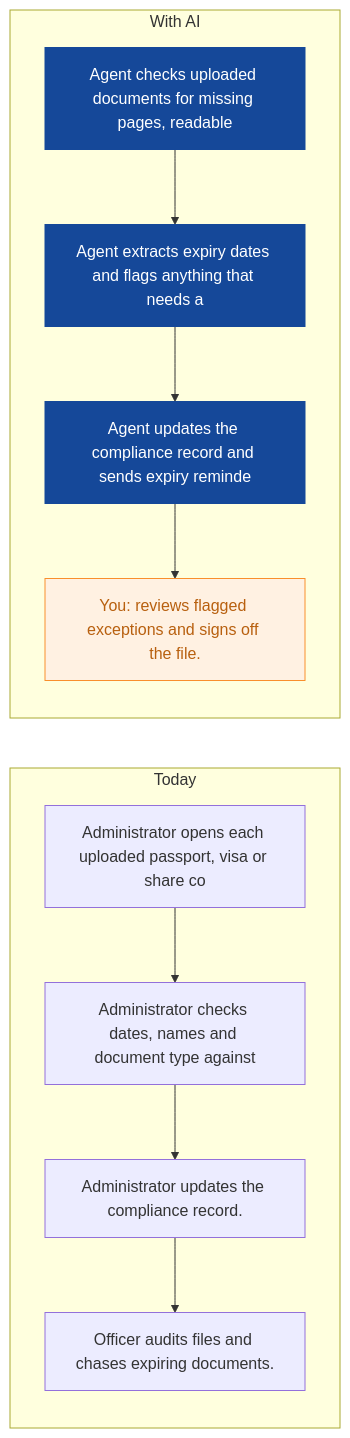
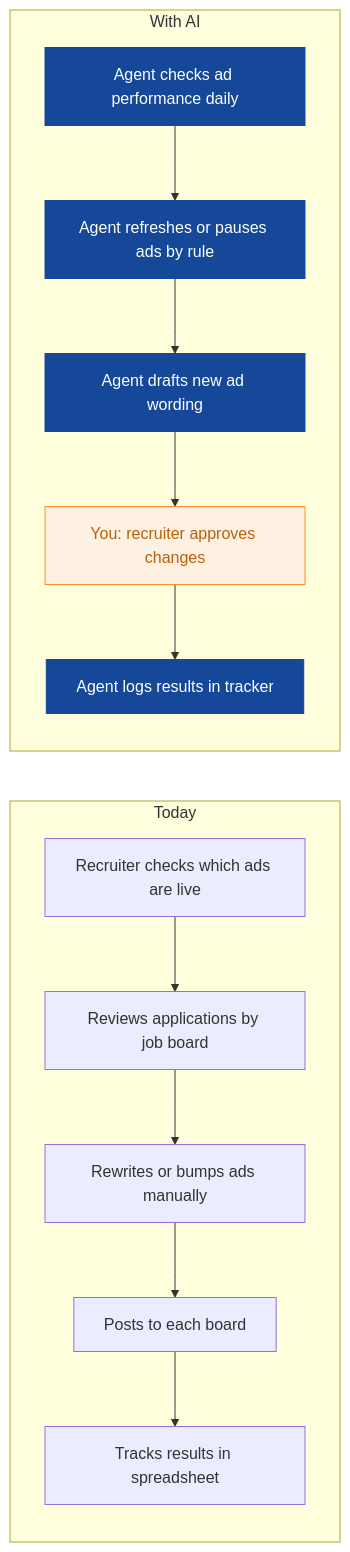
Before and after one commit to nexibeo/Complete-AI-Strategy: the fifth of 9 diagrams in strategies/cobalt-crew-recruitment.md, drawn with Mermaid. The commit also changed other lines of this file and 26 other files, not shown here.

````diff
--- a/strategies/cobalt-crew-recruitment.md
+++ b/strategies/cobalt-crew-recruitment.md
@@ -156,21 +169,23 @@
 ```mermaid
 flowchart LR
   subgraph Today
-    B0["Administrator opens each uploaded passport, visa or share co"]
-    B1["Administrator checks dates, names and document type against "]
-    B2["Administrator updates the compliance record."]
-    B3["Officer audits files and chases expiring documents."]
-    B0 --> B1 --> B2 --> B3
+    B0["Recruiter checks which ads are live"]
+    B1["Reviews applications by job board"]
+    B2["Rewrites or bumps ads manually"]
+    B3["Posts to each board"]
+    B4["Tracks results in spreadsheet"]
+    B0 --> B1 --> B2 --> B3 --> B4
   end
   subgraph WithAI[With AI]
-    A0["Agent checks uploaded documents for missing pages, readable "]
-    A1["Agent extracts expiry dates and flags anything that needs a "]
-    A2["Agent updates the compliance record and sends expiry reminde"]
-    A3["You: reviews flagged exceptions and signs off the file."]
-    A0 --> A1 --> A2 --> A3
+    A0["Agent checks ad performance daily"]
+    A1["Agent refreshes or pauses ads by rule"]
+    A2["Agent drafts new ad wording"]
+    A3["You: recruiter approves changes"]
+    A4["Agent logs results in tracker"]
+    A0 --> A1 --> A2 --> A3 --> A4
   end
   classDef ai fill:#154899,color:#fff,stroke:#154899
   classDef human fill:#FFF1E2,color:#B8600F,stroke:#F98F2C
-  class A0,A1,A2 ai
+  class A0,A1,A2,A4 ai
   class A3 human
 ```
````
